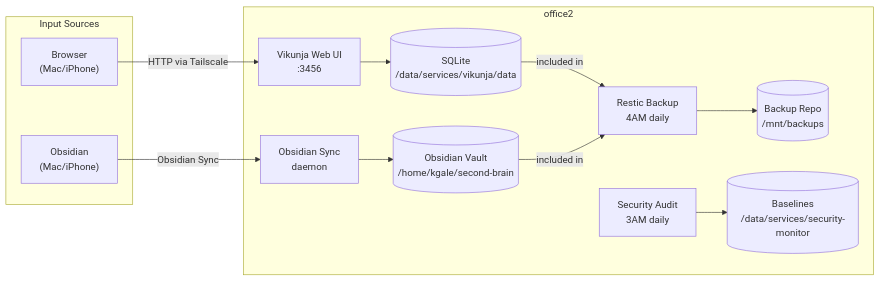
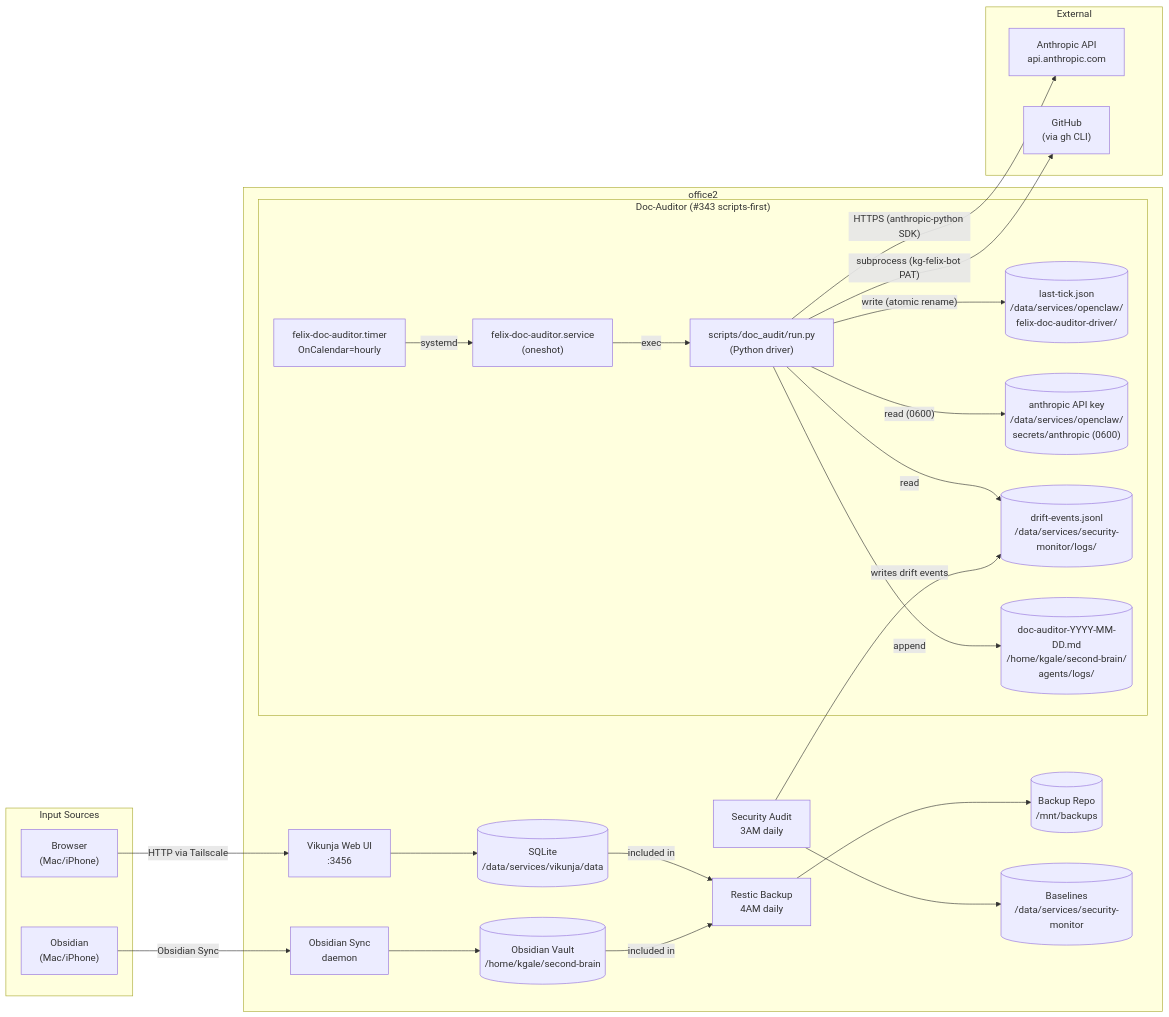
Before and after one commit to kentonium3/kg-automation: the diagram in docs/design/architecture/data-flows.mmd, drawn with Mermaid. The commit also changed 97 other files, not shown here.

Commit message:
feat(kitty/mission-refactor-doc-auditor-to-scripts-first-driver-01KS2XNX): squash merge of mission

```diff
--- a/docs/design/architecture/data-flows.mmd
+++ b/docs/design/architecture/data-flows.mmd
@@ -1,25 +1,50 @@
 graph LR
     subgraph inputs["Input Sources"]
         browser["Browser<br/>(Mac/iPhone)"]
         obsidian_app["Obsidian<br/>(Mac/iPhone)"]
     end
 
     subgraph office2["office2"]
         vikunja_ui["Vikunja Web UI<br/>:3456"]
         vikunja_db[("SQLite<br/>/data/services/vikunja/data")]
         ob_sync["Obsidian Sync<br/>daemon"]
         vault[("Obsidian Vault<br/>/home/kgale/second-brain")]
         restic["Restic Backup<br/>4AM daily"]
         backup_repo[("Backup Repo<br/>/mnt/backups")]
         audit["Security Audit<br/>3AM daily"]
         baselines[("Baselines<br/>/data/services/security-monitor")]
+
+        subgraph doc_audit["Doc-Auditor (#343 scripts-first)"]
+            timer["felix-doc-auditor.timer<br/>OnCalendar=hourly"]
+            service["felix-doc-auditor.service<br/>(oneshot)"]
+            driver["scripts/doc_audit/run.py<br/>(Python driver)"]
+            tick_signal[("last-tick.json<br/>/data/services/openclaw/<br/>felix-doc-auditor-driver/")]
+            anthropic_key[("anthropic API key<br/>/data/services/openclaw/<br/>secrets/anthropic (0600)")]
+            drift_events[("drift-events.jsonl<br/>/data/services/security-monitor/logs/")]
+            activity_log[("doc-auditor-YYYY-MM-DD.md<br/>/home/kgale/second-brain/<br/>agents/logs/")]
+        end
+    end
+
+    subgraph external["External"]
+        anthropic_api["Anthropic API<br/>api.anthropic.com"]
+        gh_api["GitHub<br/>(via gh CLI)"]
     end
 
     browser -->|"HTTP via Tailscale"| vikunja_ui
     vikunja_ui --> vikunja_db
     obsidian_app -->|"Obsidian Sync"| ob_sync
     ob_sync --> vault
     vikunja_db -->|"included in"| restic
     vault -->|"included in"| restic
     restic --> backup_repo
     audit --> baselines
+
+    timer -->|"systemd"| service
+    service -->|"exec"| driver
+    driver -->|"read (0600)"| anthropic_key
+    driver -->|"read"| drift_events
+    driver -->|"HTTPS (anthropic-python SDK)"| anthropic_api
+    driver -->|"subprocess (kg-felix-bot PAT)"| gh_api
+    driver -->|"append"| activity_log
+    driver -->|"write (atomic rename)"| tick_signal
+    audit -->|"writes drift events"| drift_events
```
